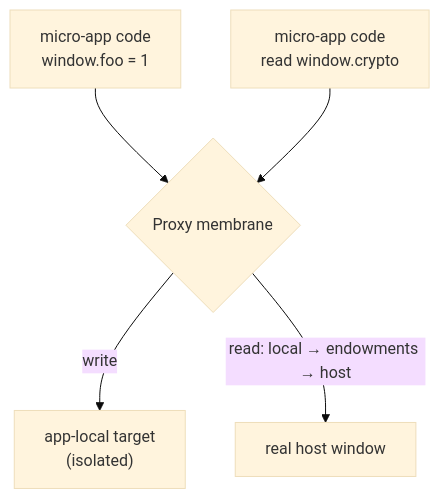
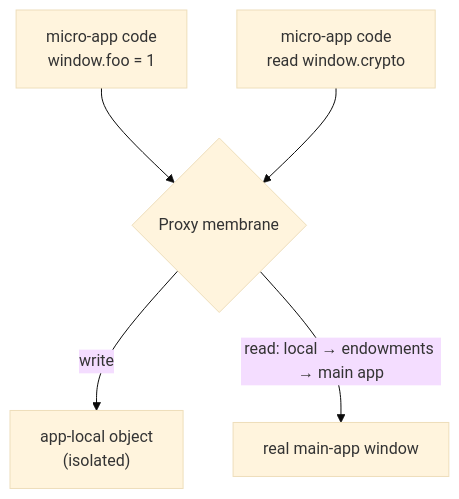
One commit to umijs/qiankun changed the diagram in docs/concepts/js-sandbox.md. Above: the diagram before and after it, drawn with Mermaid (base theme). The commit also changed other lines of this file and 63 other files, not shown here.

````diff
--- a/docs/concepts/js-sandbox.md
+++ b/docs/concepts/js-sandbox.md
@@ -16,7 +16,7 @@
 ```mermaid
 flowchart TD
   A["micro-app code<br/>window.foo = 1"] --> P{"Proxy membrane"}
-  P -->|write| L["app-local target<br/>(isolated)"]
+  P -->|write| L["app-local object<br/>(isolated)"]
   R["micro-app code<br/>read window.crypto"] --> P
-  P -->|"read: local → endowments → host"| H["real host window"]
+  P -->|"read: local → endowments → main app"| H["real main-app window"]
 ```
````
